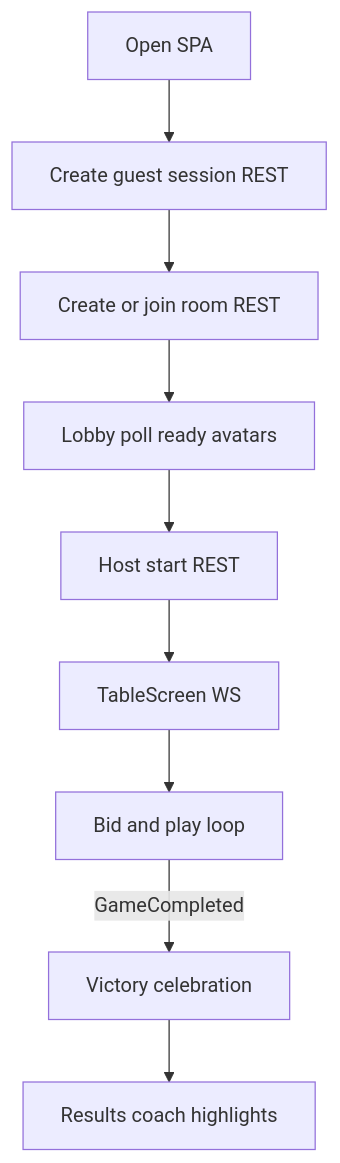
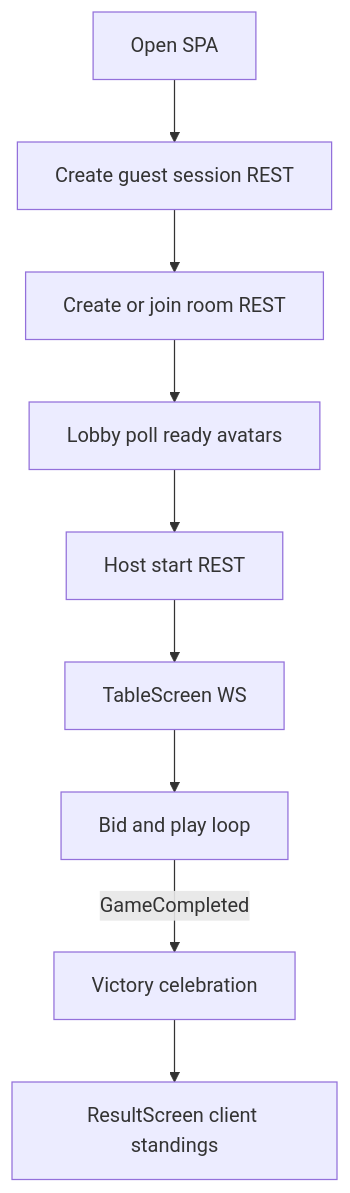
Before and after one commit to learnwithsobhit/judgment: the eighth of 18 diagrams in docs/Architecture.md, drawn with Mermaid. The commit also changed other lines of this file and 80 other files, not shown here.

````diff
--- a/docs/Architecture.md
+++ b/docs/Architecture.md
@@ -306,15 +306,15 @@
 ```mermaid
 flowchart TD
   startNode[Open SPA]
   guest[Create guest session REST]
   room[Create or join room REST]
   lobby[Lobby poll ready avatars]
   startGame[Host start REST]
   table[TableScreen WS]
   play[Bid and play loop]
   victory[Victory celebration]
-  results[Results coach highlights]
+  results[ResultScreen client standings]
 
   startNode --> guest --> room --> lobby --> startGame --> table --> play
   play -->|GameCompleted| victory --> results
 ```
````
